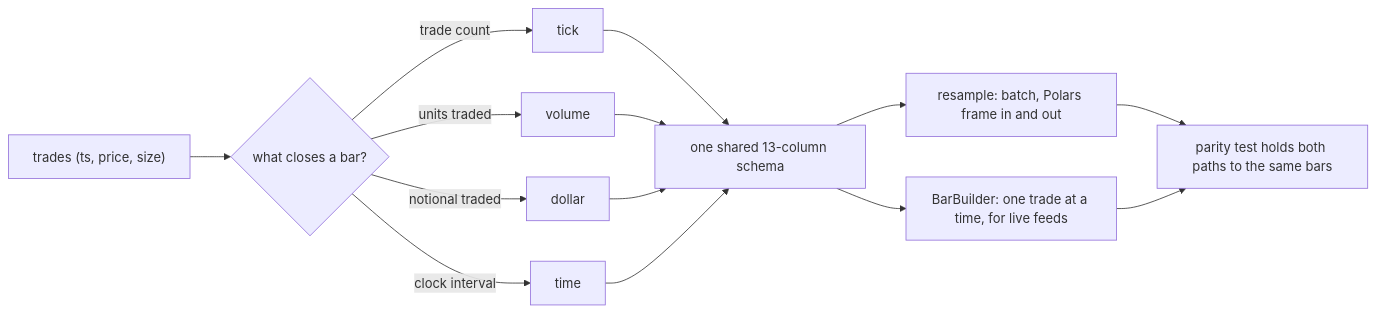
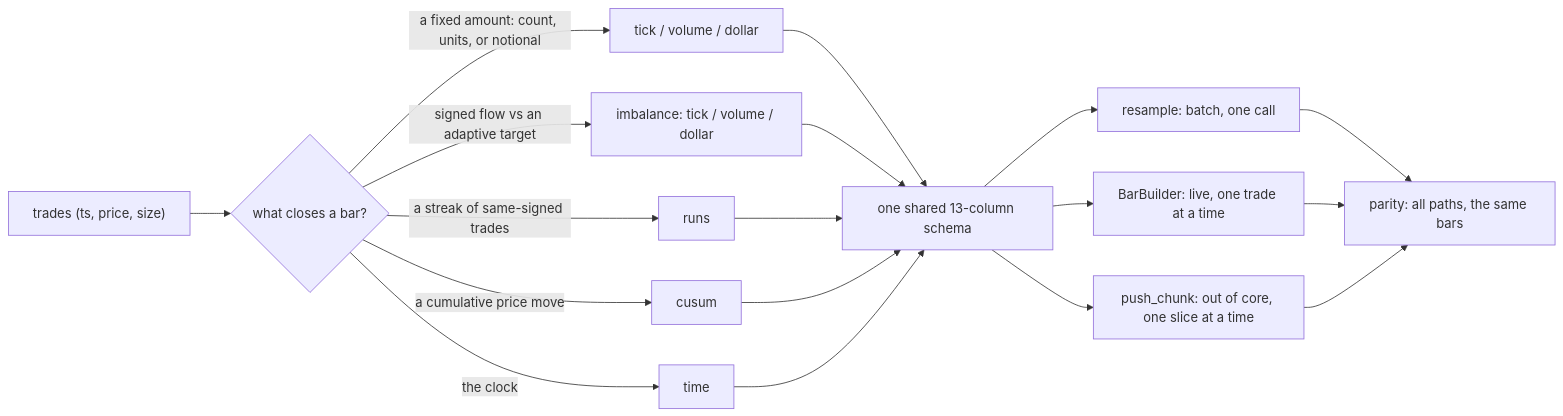
Before and after one commit to zzionz/clockbars: the diagram in README.md, drawn with Mermaid. The commit also changed other lines of this file and 16 other files, not shown here.

````diff
--- a/README.md
+++ b/README.md
@@ -34,16 +34,20 @@
 ```mermaid
 flowchart LR
     T["trades (ts, price, size)"] --> Q{"what closes a bar?"}
-    Q -->|"trade count"| K["tick"]
-    Q -->|"units traded"| V["volume"]
-    Q -->|"notional traded"| D["dollar"]
-    Q -->|"clock interval"| M["time"]
+    Q -->|"a fixed amount: count, units, or notional"| K["tick / volume / dollar"]
+    Q -->|"signed flow vs an adaptive target"| I["imbalance: tick / volume / dollar"]
+    Q -->|"a streak of same-signed trades"| R["runs"]
+    Q -->|"a cumulative price move"| C["cusum"]
+    Q -->|"the clock"| M["time"]
     K --> S["one shared 13-column schema"]
-    V --> S
-    D --> S
+    I --> S
+    R --> S
+    C --> S
     M --> S
-    S --> B["resample: batch, Polars frame in and out"]
-    S --> U["BarBuilder: one trade at a time, for live feeds"]
-    B --> P["parity test holds both paths to the same bars"]
+    S --> B["resample: batch, one call"]
+    S --> U["BarBuilder: live, one trade at a time"]
+    S --> O["push_chunk: out of core, one slice at a time"]
+    B --> P["parity: all paths, the same bars"]
     U --> P
+    O --> P
 ```
````
